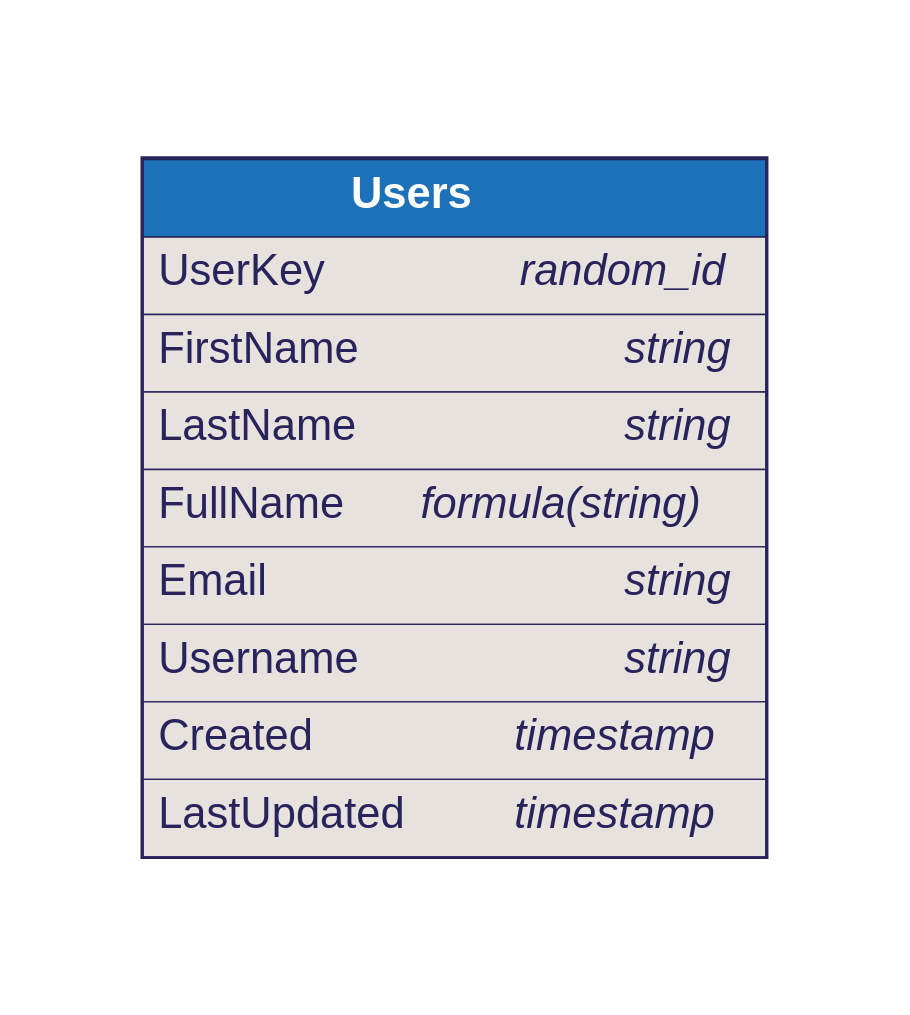
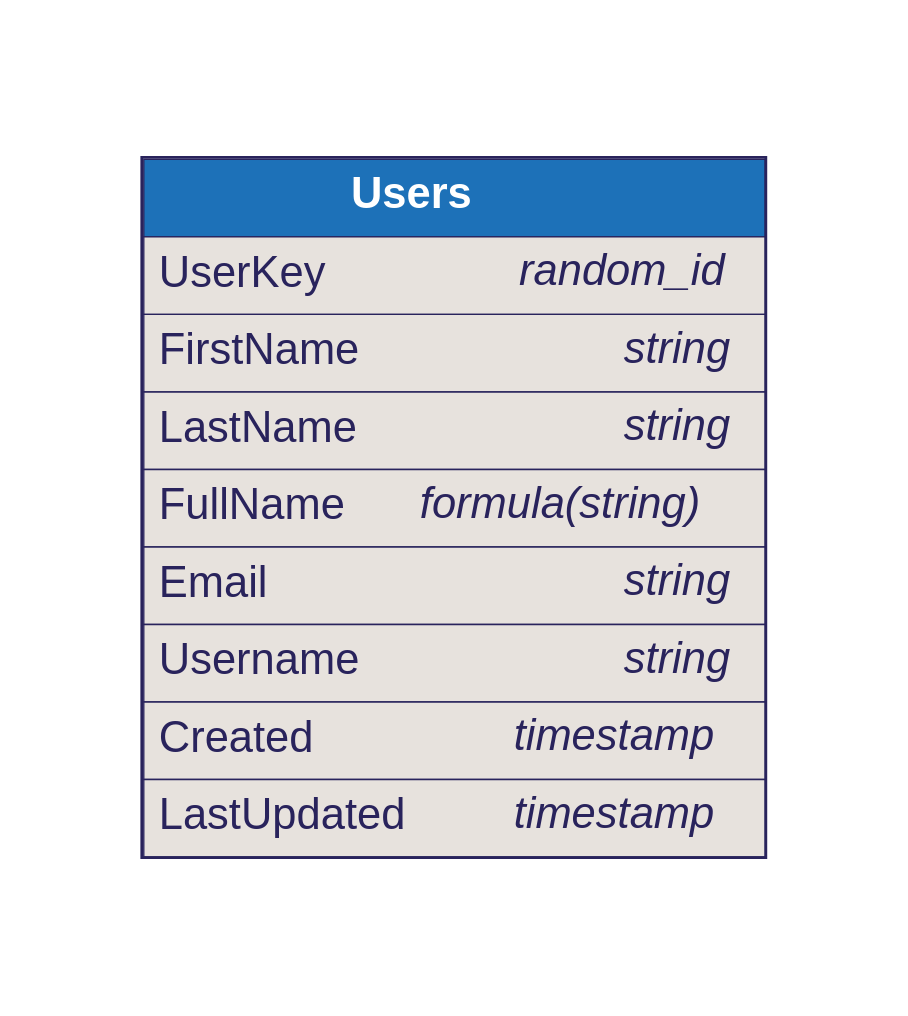
One commit to softwaretechnik-berlin/dbml-renderer changed the diagram in examples/issue-13.dbml.dot. Above: the diagram before and after it, drawn with Graphviz. The commit also changed 32 other files, not shown here.

```diff
--- a/examples/issue-13.dbml.dot
+++ b/examples/issue-13.dbml.dot
@@ -1,78 +1,78 @@
 digraph dbml {
       rankdir=LR;
       graph [fontname="helvetica", fontsize=32, fontcolor="#29235c", bgcolor="transparent"];
       node [penwidth=0, margin=0, fontname="helvetica", fontsize=32, fontcolor="#29235c"];
       edge [fontname="helvetica", fontsize=32, fontcolor="#29235c", color="#29235c"];
 
       
       
-      "Users" [id="Users";label=<<TABLE BORDER="2" COLOR="#29235c" CELLBORDER="1" CELLSPACING="0" CELLPADDING="10" >
-      <TR><TD PORT="f0" BGCOLOR="#1d71b8"><font color="#ffffff"><B>       Users       </B></font></TD></TR>
-<TR><TD ALIGN="left" PORT="f1" BGCOLOR="#e7e2dd">
+      "Users" [id="Users";label=<<TABLE BORDER="2" COLOR="#29235c" CELLBORDER="1" CELLSPACING="0" CELLPADDING="10">
+      <TR><TD PORT="f0" BGCOLOR="#1d71b8"><FONT COLOR="#ffffff"><B>       Users       </B></FONT></TD></TR>
+<TR><TD ALIGN="LEFT" PORT="f1" BGCOLOR="#e7e2dd">
       <TABLE CELLPADDING="0" CELLSPACING="0" BORDER="0">
         <TR>
-          <TD ALIGN="LEFT">UserKey<FONT>    </FONT></TD>
-          <TD ALIGN="RIGHT"><font><i>random_id</i></font></TD>
+          <TD ALIGN="LEFT">UserKey    </TD>
+          <TD ALIGN="RIGHT"><FONT><I>random_id</I></FONT></TD>
         </TR>
       </TABLE>
     </TD></TR>
-<TR><TD ALIGN="left" PORT="f2" BGCOLOR="#e7e2dd">
+<TR><TD ALIGN="LEFT" PORT="f2" BGCOLOR="#e7e2dd">
       <TABLE CELLPADDING="0" CELLSPACING="0" BORDER="0">
         <TR>
-          <TD ALIGN="LEFT">FirstName<FONT>    </FONT></TD>
-          <TD ALIGN="RIGHT"><font><i>string</i></font></TD>
+          <TD ALIGN="LEFT">FirstName    </TD>
+          <TD ALIGN="RIGHT"><FONT><I>string</I></FONT></TD>
         </TR>
       </TABLE>
     </TD></TR>
-<TR><TD ALIGN="left" PORT="f3" BGCOLOR="#e7e2dd">
+<TR><TD ALIGN="LEFT" PORT="f3" BGCOLOR="#e7e2dd">
       <TABLE CELLPADDING="0" CELLSPACING="0" BORDER="0">
         <TR>
-          <TD ALIGN="LEFT">LastName<FONT>    </FONT></TD>
-          <TD ALIGN="RIGHT"><font><i>string</i></font></TD>
+          <TD ALIGN="LEFT">LastName    </TD>
+          <TD ALIGN="RIGHT"><FONT><I>string</I></FONT></TD>
         </TR>
       </TABLE>
     </TD></TR>
-<TR><TD ALIGN="left" PORT="f4" BGCOLOR="#e7e2dd">
+<TR><TD ALIGN="LEFT" PORT="f4" BGCOLOR="#e7e2dd">
       <TABLE CELLPADDING="0" CELLSPACING="0" BORDER="0">
         <TR>
-          <TD ALIGN="LEFT">FullName<FONT>    </FONT></TD>
-          <TD ALIGN="RIGHT"><font><i>formula(string)</i></font></TD>
+          <TD ALIGN="LEFT">FullName    </TD>
+          <TD ALIGN="RIGHT"><FONT><I>formula(string)</I></FONT></TD>
         </TR>
       </TABLE>
     </TD></TR>
-<TR><TD ALIGN="left" PORT="f5" BGCOLOR="#e7e2dd">
+<TR><TD ALIGN="LEFT" PORT="f5" BGCOLOR="#e7e2dd">
       <TABLE CELLPADDING="0" CELLSPACING="0" BORDER="0">
         <TR>
-          <TD ALIGN="LEFT">Email<FONT>    </FONT></TD>
-          <TD ALIGN="RIGHT"><font><i>string</i></font></TD>
+          <TD ALIGN="LEFT">Email    </TD>
+          <TD ALIGN="RIGHT"><FONT><I>string</I></FONT></TD>
         </TR>
       </TABLE>
     </TD></TR>
-<TR><TD ALIGN="left" PORT="f6" BGCOLOR="#e7e2dd">
+<TR><TD ALIGN="LEFT" PORT="f6" BGCOLOR="#e7e2dd">
       <TABLE CELLPADDING="0" CELLSPACING="0" BORDER="0">
         <TR>
-          <TD ALIGN="LEFT">Username<FONT>    </FONT></TD>
-          <TD ALIGN="RIGHT"><font><i>string</i></font></TD>
+          <TD ALIGN="LEFT">Username    </TD>
+          <TD ALIGN="RIGHT"><FONT><I>string</I></FONT></TD>
         </TR>
       </TABLE>
     </TD></TR>
-<TR><TD ALIGN="left" PORT="f7" BGCOLOR="#e7e2dd">
+<TR><TD ALIGN="LEFT" PORT="f7" BGCOLOR="#e7e2dd">
       <TABLE CELLPADDING="0" CELLSPACING="0" BORDER="0">
         <TR>
-          <TD ALIGN="LEFT">Created<FONT>    </FONT></TD>
-          <TD ALIGN="RIGHT"><font><i>timestamp</i></font></TD>
+          <TD ALIGN="LEFT">Created    </TD>
+          <TD ALIGN="RIGHT"><FONT><I>timestamp</I></FONT></TD>
         </TR>
       </TABLE>
     </TD></TR>
-<TR><TD ALIGN="left" PORT="f8" BGCOLOR="#e7e2dd">
+<TR><TD ALIGN="LEFT" PORT="f8" BGCOLOR="#e7e2dd">
       <TABLE CELLPADDING="0" CELLSPACING="0" BORDER="0">
         <TR>
-          <TD ALIGN="LEFT">LastUpdated<FONT>    </FONT></TD>
-          <TD ALIGN="RIGHT"><font><i>timestamp</i></font></TD>
+          <TD ALIGN="LEFT">LastUpdated    </TD>
+          <TD ALIGN="RIGHT"><FONT><I>timestamp</I></FONT></TD>
         </TR>
       </TABLE>
     </TD></TR>
     </TABLE>>];
       
       
     }
```
